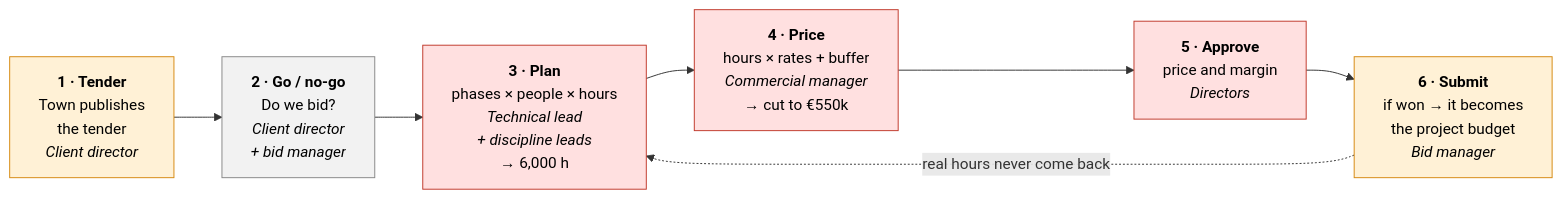
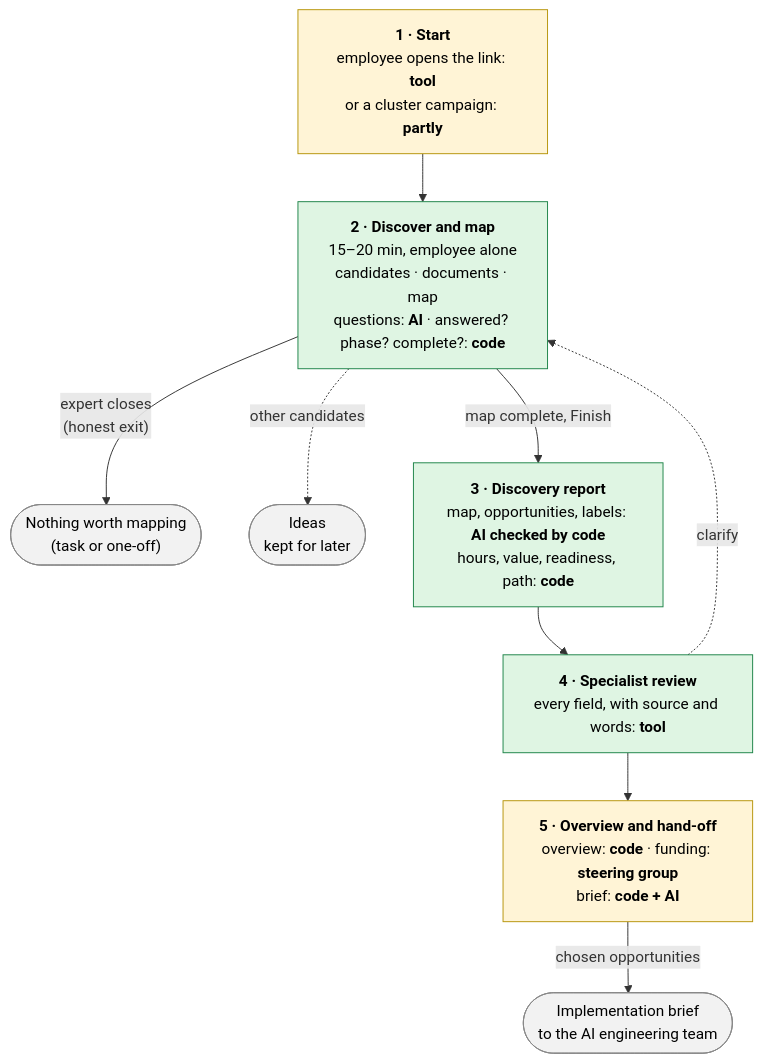
One commit to L-Neur0/northstar-agentic-ops changed the second of 3 diagrams in docs/01-use-case/use-case.md. Above: the diagram before and after it, drawn with Mermaid. The commit also changed other lines of this file and 340 other files, not shown here.

````diff
--- a/docs/01-use-case/use-case.md
+++ b/docs/01-use-case/use-case.md
@@ -189,18 +588,25 @@
 ```mermaid
-flowchart LR
-    S1["<b>1 · Tender</b><br/>Town publishes<br/>the tender<br/><i>Client director</i>"]
-    S2["<b>2 · Go / no-go</b><br/>Do we bid?<br/><i>Client director<br/>+ bid manager</i>"]
-    S3["<b>3 · Plan</b><br/>phases × people × hours<br/><i>Technical lead<br/>+ discipline leads</i><br/>→ 6,000 h"]
-    S4["<b>4 · Price</b><br/>hours × rates + buffer<br/><i>Commercial manager</i><br/>→ cut to €550k"]
-    S5["<b>5 · Approve</b><br/>price and margin<br/><i>Directors</i>"]
-    S6["<b>6 · Submit</b><br/>if won → it becomes<br/>the project budget<br/><i>Bid manager</i>"]
-    S1 --> S2 --> S3 --> S4 --> S5 --> S6
-    S6 -. "real hours never come back" .-> S3
+flowchart TD
+    S1["<b>1 · Start</b><br/>employee opens the link: <b>tool</b><br/>or a cluster campaign: <b>partly</b>"]
+    S2["<b>2 · Discover and map</b><br/>15–20 min, employee alone<br/>candidates · documents · map<br/>questions: <b>AI</b> · answered? phase? complete?: <b>code</b>"]
+    X(["Nothing worth mapping<br/>(task or one-off)"])
+    IDEA(["Ideas<br/>kept for later"])
+    S3["<b>3 · Discovery report</b><br/>map, opportunities, labels: <b>AI checked by code</b><br/>hours, value, readiness, path: <b>code</b>"]
+    S4["<b>4 · Specialist review</b><br/>every field, with source and words: <b>tool</b>"]
+    S5["<b>5 · Overview and hand-off</b><br/>overview: <b>code</b> · funding: <b>steering group</b><br/>brief: <b>code + AI</b>"]
+    OUT(["Implementation brief<br/>to the AI engineering team"])
 
-    classDef none fill:#f2f2f2,stroke:#888,color:#000;
-    classDef some fill:#fff1d6,stroke:#d68910,color:#000;
-    classDef pain fill:#ffe0e0,stroke:#c0392b,color:#000;
-    class S2 none;
-    class S1,S6 some;
-    class S3,S4,S5 pain;
+    S1 --> S2
+    S2 -- "expert closes<br/>(honest exit)" --> X
+    S2 -. "other candidates" .-> IDEA
+    S2 -- "map complete, Finish" --> S3 --> S4 --> S5
+    S5 -- "chosen opportunities" --> OUT
+    S4 -. "clarify" .-> S2
+
+    classDef tool fill:#dff5e3,stroke:#1e8449,color:#000;
+    classDef partly fill:#fff4d6,stroke:#b7950b,color:#000;
+    classDef outside fill:#f2f2f2,stroke:#888,color:#000;
+    class S2,S3,S4 tool;
+    class S1,S5 partly;
+    class OUT,X,IDEA outside;
 ```
````
